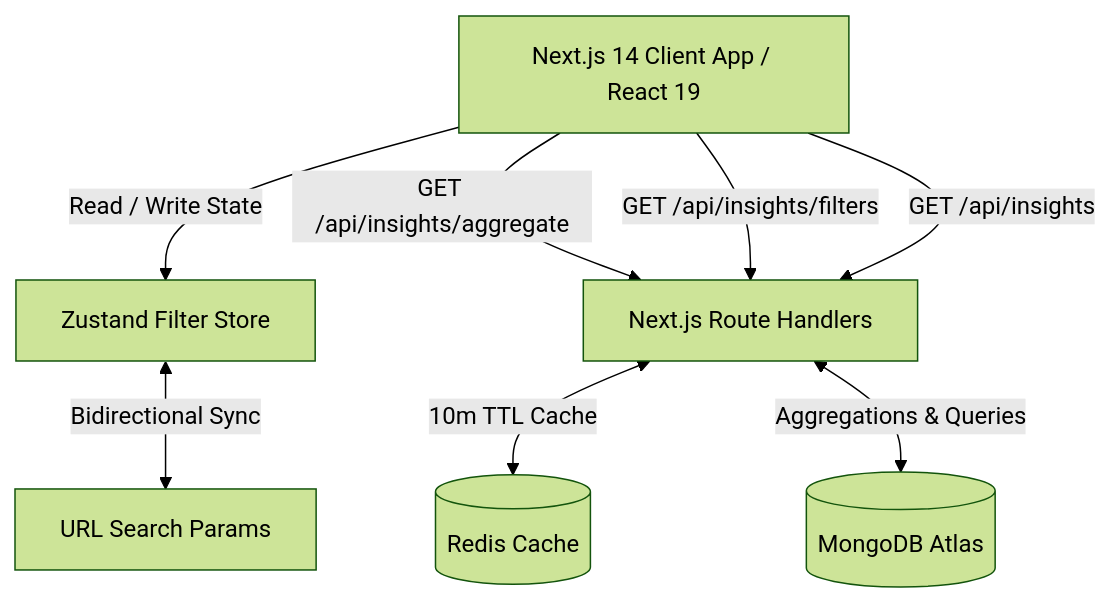
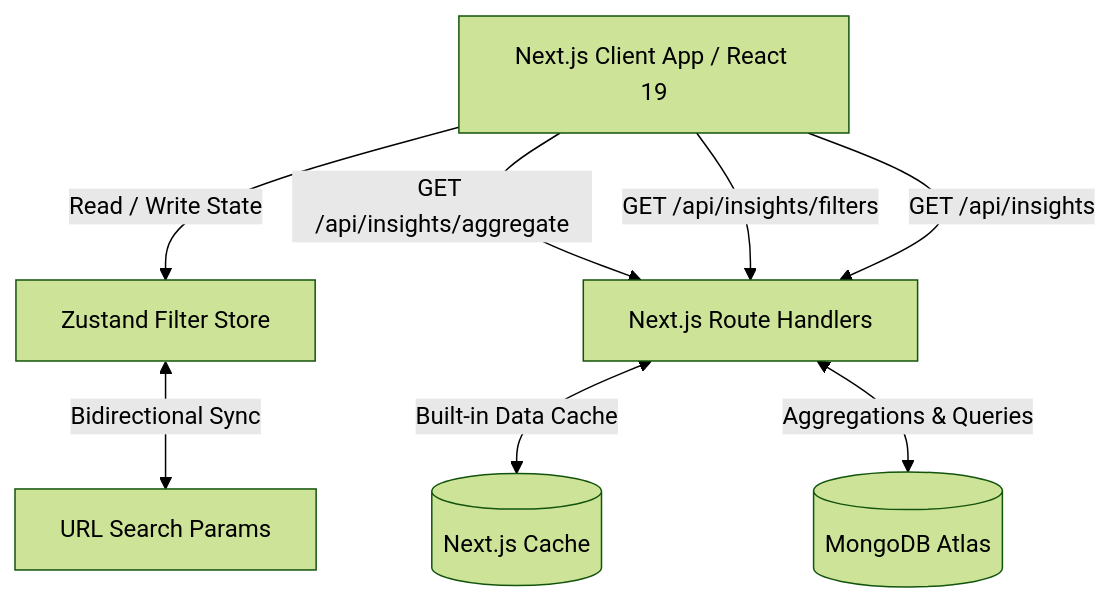
One commit to syedaftab-dev/blackcoffer_dashboard changed the diagram in README.md. Above: the diagram before and after it, drawn with Mermaid (forest theme). The commit also changed other lines of this file and 41 other files, not shown here.

````diff
--- a/README.md
+++ b/README.md
@@ -46,10 +49,10 @@
 ```mermaid
 graph TD
-    Client[Next.js 14 Client App / React 19] -->|Read / Write State| Store[Zustand Filter Store]
+    Client[Next.js Client App / React 19] -->|Read / Write State| Store[Zustand Filter Store]
     Store <-->|Bidirectional Sync| URL[URL Search Params]
     Client -->|GET /api/insights/aggregate| API[Next.js Route Handlers]
     Client -->|GET /api/insights/filters| API
     Client -->|GET /api/insights| API
-    API <-->|10m TTL Cache| Redis[(Redis Cache)]
+    API <-->|Built-in Data Cache| NextCache[(Next.js Cache)]
     API <-->|Aggregations & Queries| Mongo[(MongoDB Atlas)]
 ```
````
